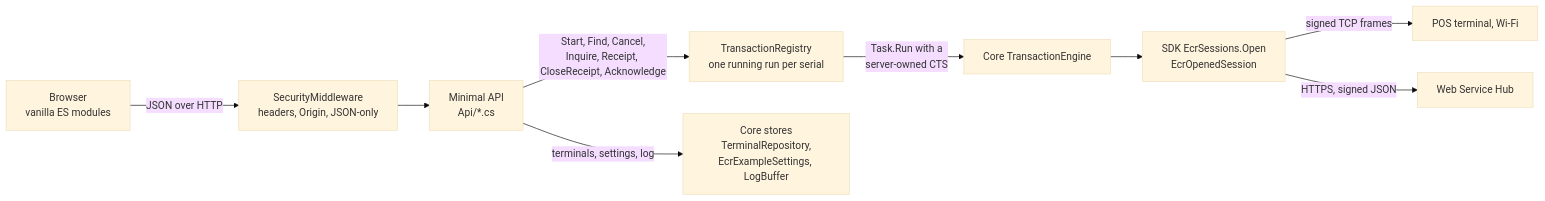
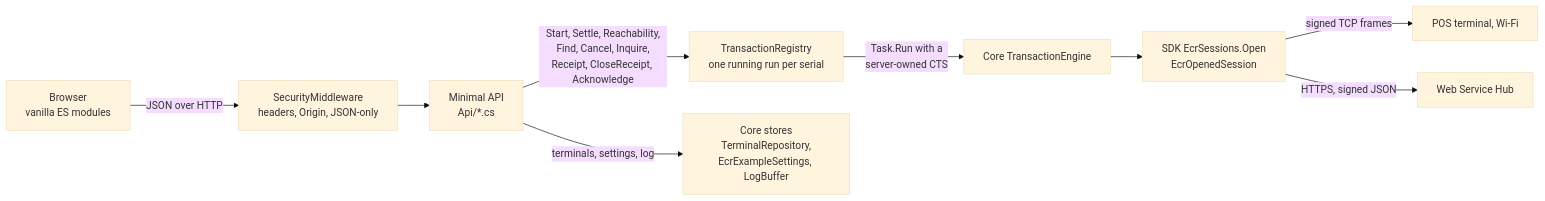
Before and after one commit to amwal-pay/AmwalpayEcrWindowsExample: the first of 3 diagrams in AmwalECR-Web-Example/docs/implementation.md, drawn with Mermaid (base theme). The commit also changed other lines of this file and 5 other files, not shown here.

````diff
--- a/AmwalECR-Web-Example/docs/implementation.md
+++ b/AmwalECR-Web-Example/docs/implementation.md
@@ -30,11 +30,11 @@
 ```mermaid
 flowchart LR
   B["Browser<br/>vanilla ES modules"] -->|"JSON over HTTP"| G["SecurityMiddleware<br/>headers, Origin, JSON-only"]
   G --> A["Minimal API<br/>Api/*.cs"]
-  A -->|"Start, Find, Cancel,<br/>Inquire, Receipt, CloseReceipt, Acknowledge"| R["TransactionRegistry<br/>one running run per serial"]
+  A -->|"Start, Settle, Reachability,<br/>Find, Cancel, Inquire,<br/>Receipt, CloseReceipt, Acknowledge"| R["TransactionRegistry<br/>one running run per serial"]
   A -->|"terminals, settings, log"| C["Core stores<br/>TerminalRepository,<br/>EcrExampleSettings, LogBuffer"]
   R -->|"Task.Run with a<br/>server-owned CTS"| E["Core TransactionEngine"]
   E --> S["SDK EcrSessions.Open<br/>EcrOpenedSession"]
   S -->|"signed TCP frames"| T["POS terminal, Wi-Fi"]
   S -->|"HTTPS, signed JSON"| H["Web Service Hub"]
 ```
````
